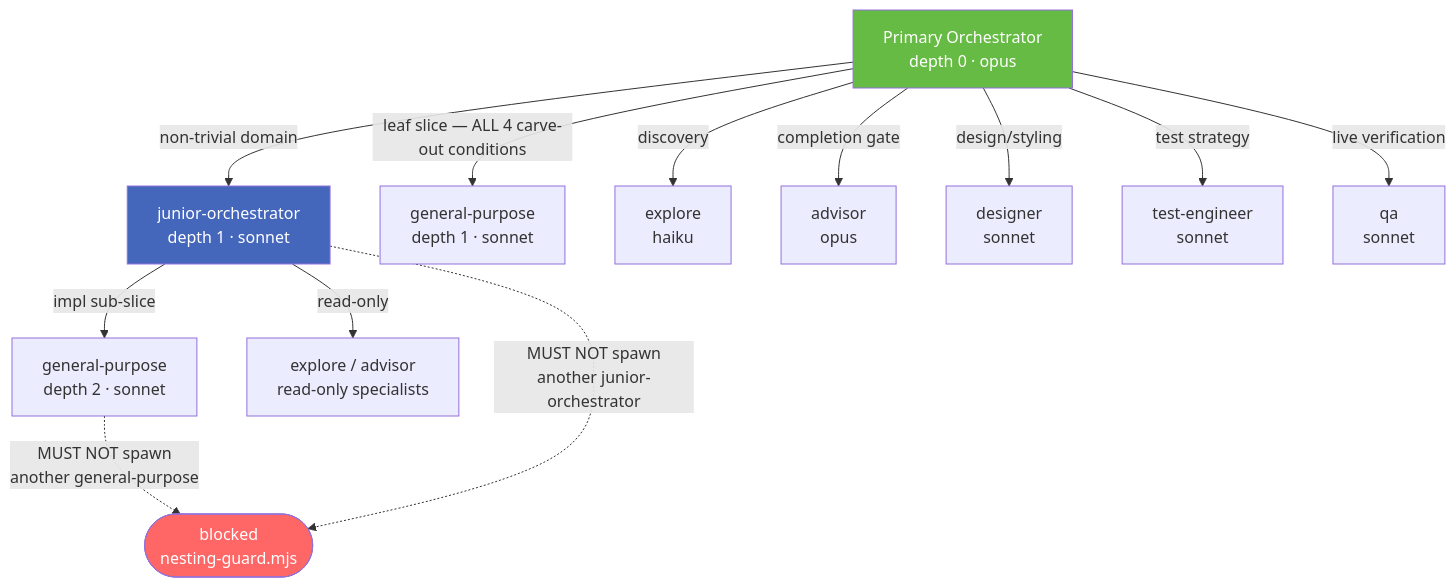
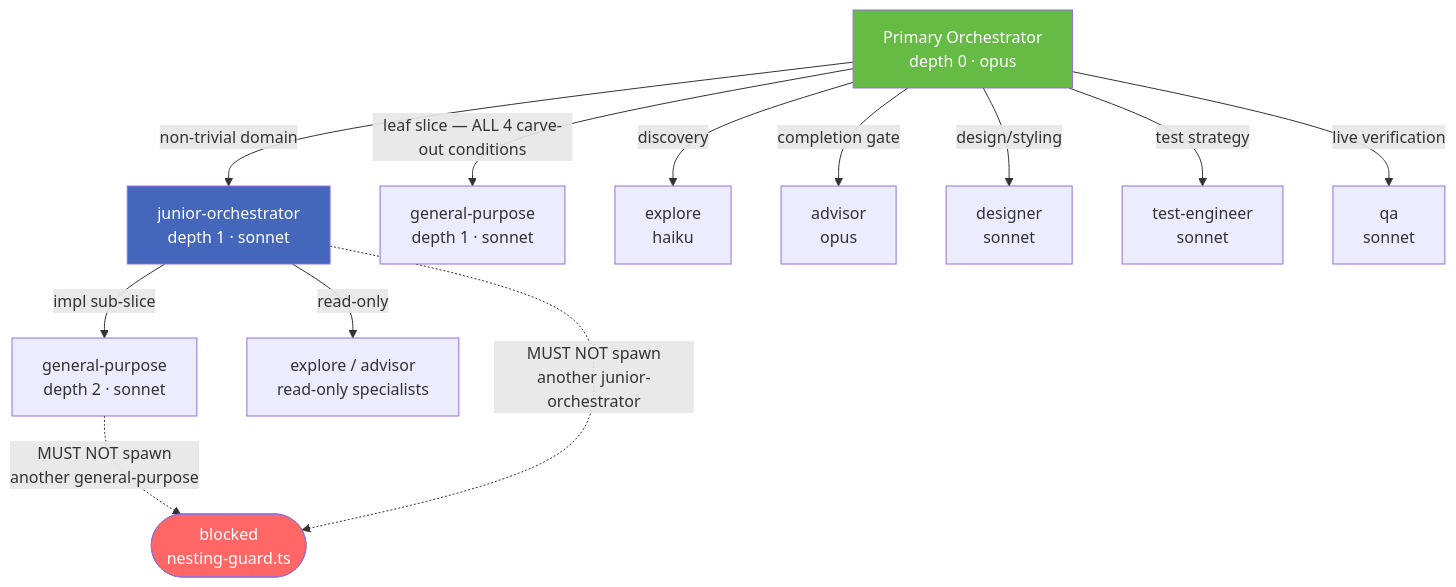
Before and after one commit to IniZio/groundwork: the diagram in doc/specs/orchestration/design/concepts/delegation-hierarchy.md, drawn with Mermaid. The commit also changed other lines of this file and 58 other files, not shown here.

````diff
--- a/doc/specs/orchestration/design/concepts/delegation-hierarchy.md
+++ b/doc/specs/orchestration/design/concepts/delegation-hierarchy.md
@@ -17,22 +17,22 @@
 ```mermaid
 flowchart TD
     O[Primary Orchestrator\ndepth 0 · opus]
 
     O -->|non-trivial domain| JO[junior-orchestrator\ndepth 1 · sonnet]
     O -->|leaf slice — ALL 4 carve-out conditions| GP0[general-purpose\ndepth 1 · sonnet]
     O -->|discovery| EX[explore\nhaiku]
     O -->|completion gate| AD[advisor\nopus]
     O -->|design/styling| DS[designer\nsonnet]
     O -->|test strategy| TE[test-engineer\nsonnet]
     O -->|live verification| QA[qa\nsonnet]
 
     JO -->|impl sub-slice| GP1[general-purpose\ndepth 2 · sonnet]
     JO -->|read-only| EX2[explore / advisor\nread-only specialists]
 
-    GP1 -. "MUST NOT spawn\nanother general-purpose" .-> BLOCKED([blocked\nnesting-guard.mjs])
+    GP1 -. "MUST NOT spawn\nanother general-purpose" .-> BLOCKED([blocked\nnesting-guard.ts])
     JO -. "MUST NOT spawn\nanother junior-orchestrator" .-> BLOCKED
 
     style BLOCKED fill:#f66,color:#fff
     style O fill:#6b4,color:#fff
     style JO fill:#46b,color:#fff
 ```
````
